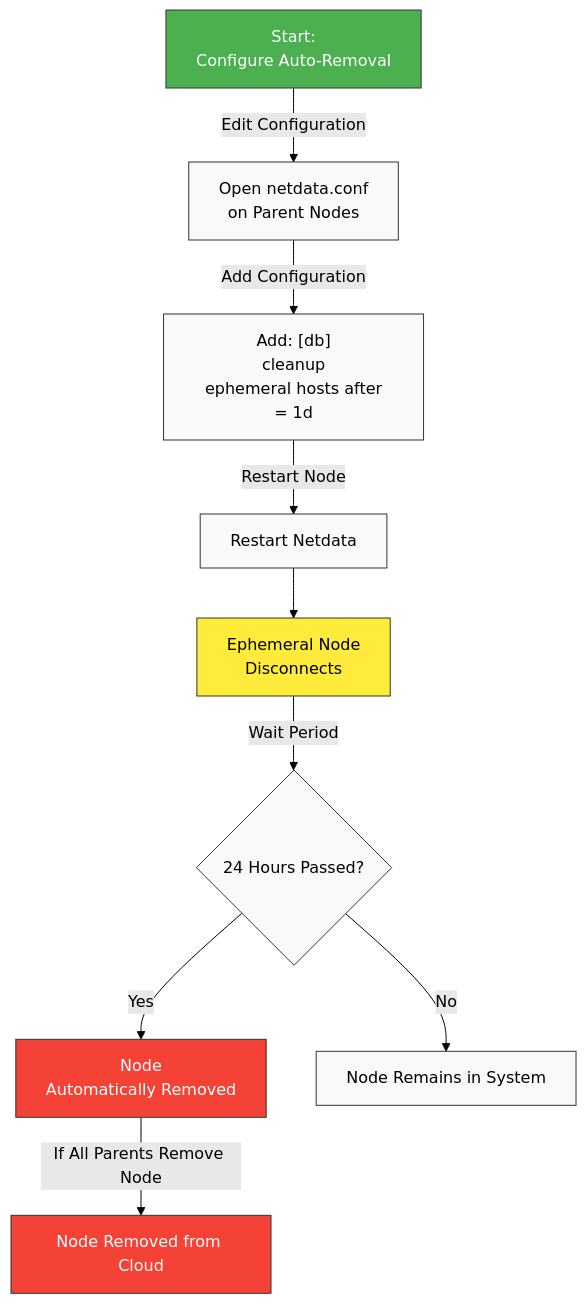
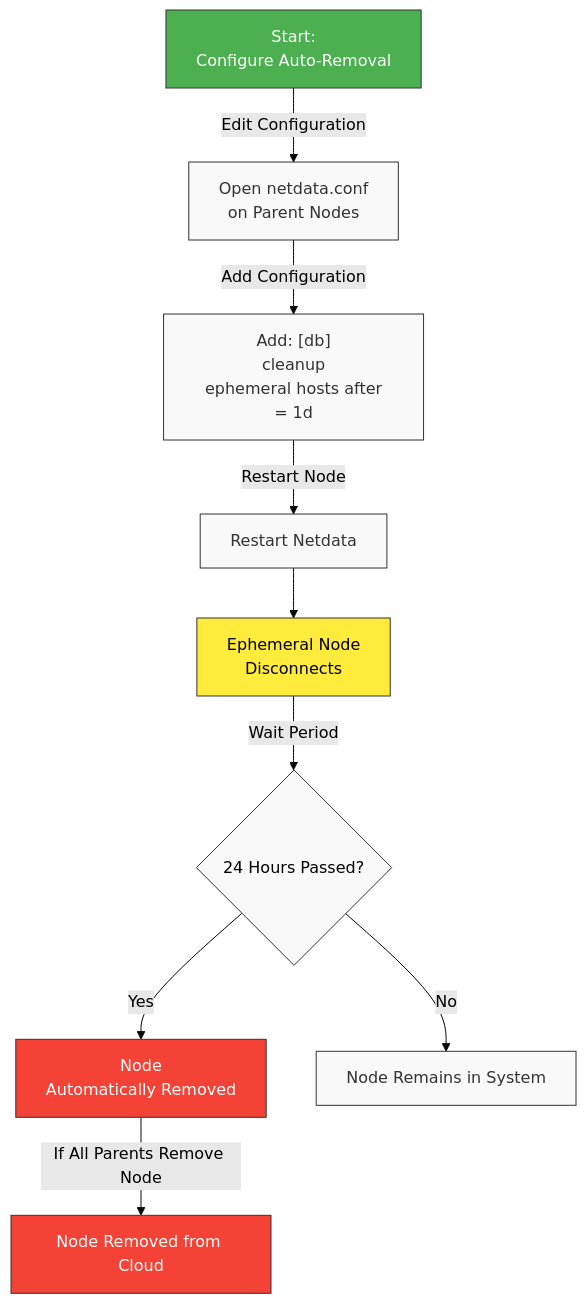
One commit to netdata/netdata changed the fourth of 4 diagrams in docs/nodes-ephemerality.md. Above: the diagram before and after it, drawn with Mermaid (forest theme). The commit also changed other lines of this file and 3 other files, not shown here.

Commit message:
adjust mermaid node config for dark theme

````diff
--- a/docs/nodes-ephemerality.md
+++ b/docs/nodes-ephemerality.md
@@ -137,21 +137,21 @@
 ```mermaid
 flowchart TD
     A[Start:<br> Configure Auto-Removal] -->|Edit Configuration| B[Open netdata.conf<br> on Parent Nodes]
     B -->|Add Configuration| C["Add: [db]\ncleanup<br> ephemeral hosts after = 1d"]
     C -->|Restart Node| D[Restart Netdata]
     D --> E[Ephemeral Node<br> Disconnects]
     E -->|Wait Period| F{24 Hours Passed?}
     F -->|Yes| G[Node<br> Automatically Removed]
     F -->|No| H[Node Remains in System]
     G -->|If All Parents Remove Node| I[Node Removed from Cloud]
     
     style A fill:#4caf50,stroke:#333,stroke-width:1px,color:white
-    style B fill:#f9f9f9,stroke:#333,stroke-width:1px
-    style C fill:#f9f9f9,stroke:#333,stroke-width:1px
-    style D fill:#f9f9f9,stroke:#333,stroke-width:1px
+    style B fill:#f9f9f9,stroke:#333,stroke-width:1px,color:#333
+    style C fill:#f9f9f9,stroke:#333,stroke-width:1px,color:#333
+    style D fill:#f9f9f9,stroke:#333,stroke-width:1px,color:#333
     style E fill:#ffeb3b,stroke:#333,stroke-width:1px,color:black
     style F fill:#f9f9f9,stroke:#333,stroke-width:1px,color:black
     style G fill:#f44336,stroke:#333,stroke-width:1px,color:white
-    style H fill:#f9f9f9,stroke:#333,stroke-width:1px
+    style H fill:#f9f9f9,stroke:#333,stroke-width:1px,color:#333
     style I fill:#f44336,stroke:#333,stroke-width:1px,color:white
 ```
````
